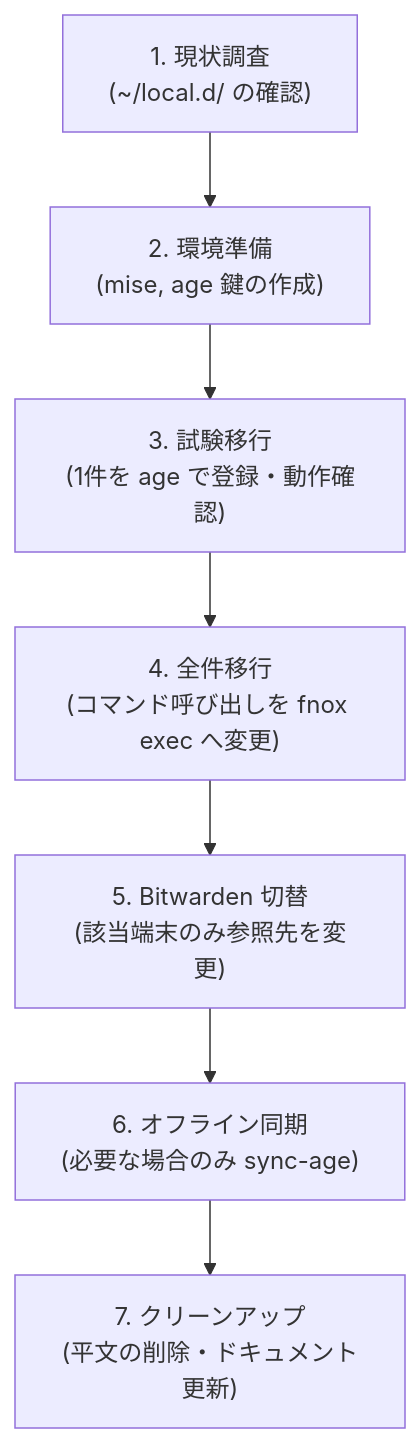
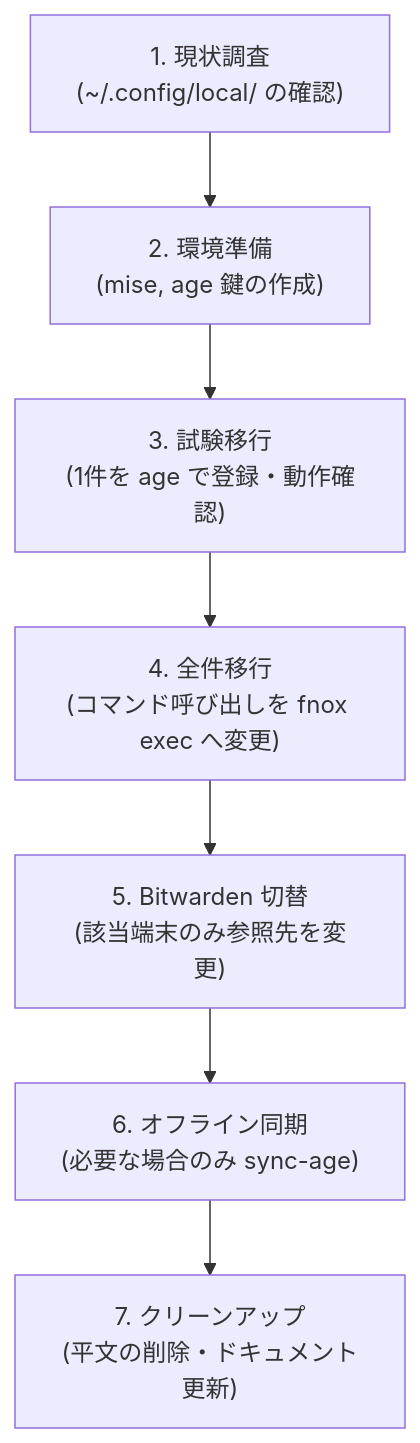
One commit to zawa-kyo/dotfiles changed the diagram in design_docs/fnox-secrets-migration.md. Above: the diagram before and after it, drawn with Mermaid. The commit also changed other lines of this file and 4 other files, not shown here.

Commit message:
refactor: Move local configuration to ~/.config/local

````diff
--- a/design_docs/fnox-secrets-migration.md
+++ b/design_docs/fnox-secrets-migration.md
@@ -169,9 +169,9 @@
 ```mermaid
 flowchart TD
-    S1["1. 現状調査<br>(~/local.d/ の確認)"] --> S2["2. 環境準備<br>(mise, age 鍵の作成)"]
+    S1["1. 現状調査<br>(~/.config/local/ の確認)"] --> S2["2. 環境準備<br>(mise, age 鍵の作成)"]
     S2 --> S3["3. 試験移行<br>(1件を age で登録・動作確認)"]
     S3 --> S4["4. 全件移行<br>(コマンド呼び出しを fnox exec へ変更)"]
     S4 --> S5["5. Bitwarden 切替<br>(該当端末のみ参照先を変更)"]
     S5 --> S6["6. オフライン同期<br>(必要な場合のみ sync-age)"]
     S6 --> S7["7. クリーンアップ<br>(平文の削除・ドキュメント更新)"]
 ```
````
